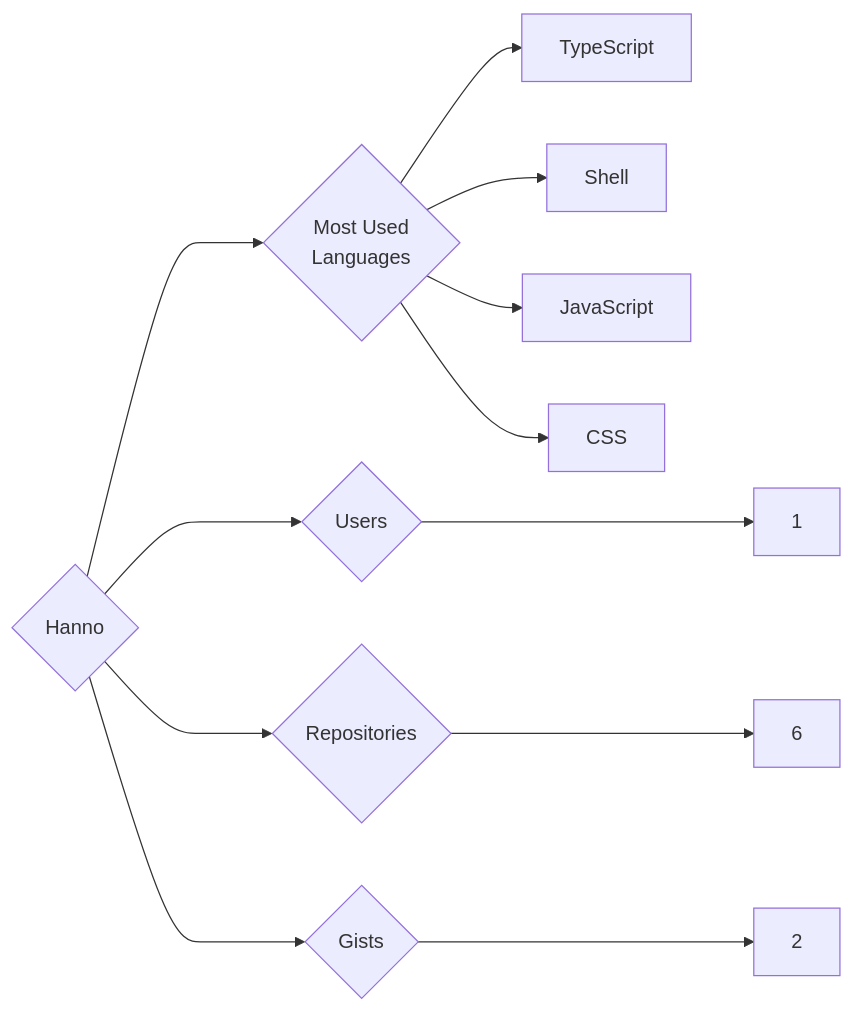
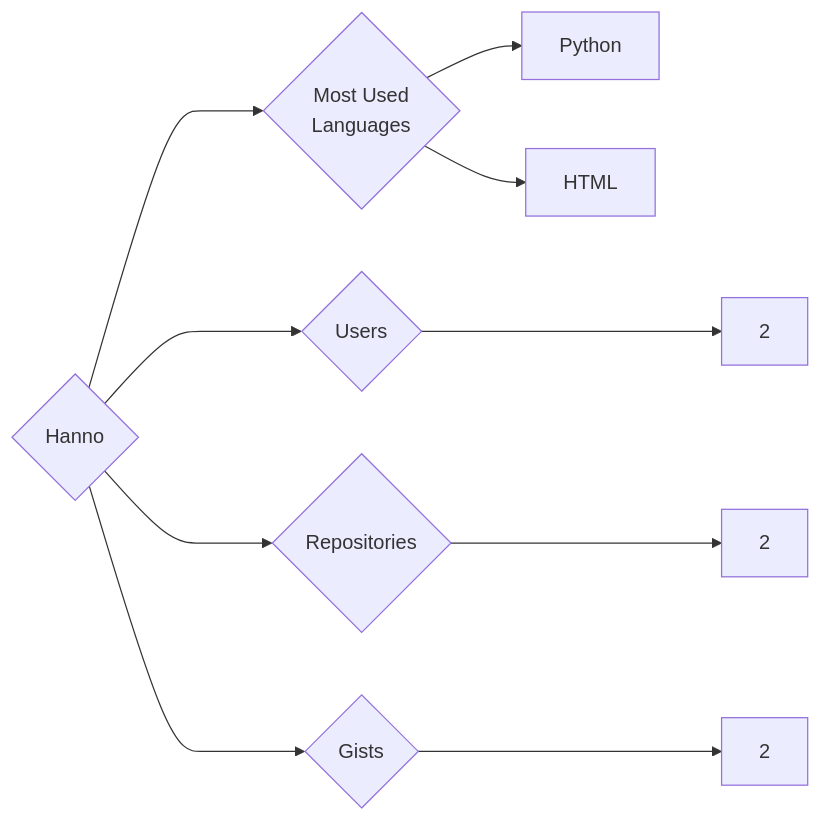
Before and after one commit to trickest/insiders: the diagram in targets/Hanno/README.md, drawn with Mermaid. The commit also changed 814 other files, not shown here.

````diff
--- a/targets/Hanno/README.md
+++ b/targets/Hanno/README.md
@@ -3,12 +3,10 @@
 ```mermaid
 graph LR
 COMPANY_NAME{Hanno}
-COMPANY_NAME ---> U{Users} ---> UN[1]
-COMPANY_NAME ---> R{Repositories} ---> RN[6]
+COMPANY_NAME ---> U{Users} ---> UN[2]
+COMPANY_NAME ---> R{Repositories} ---> RN[2]
 COMPANY_NAME ---> G{Gists} ---> GN[2]
 COMPANY_NAME ---> ML{Most Used<br>Languages}
-ML --> TypeScript[TypeScript]
-ML --> Shell[Shell]
-ML --> JavaScript[JavaScript]
-ML --> CSS[CSS]
+ML --> Python[Python]
+ML --> HTML[HTML]
 ```
````
